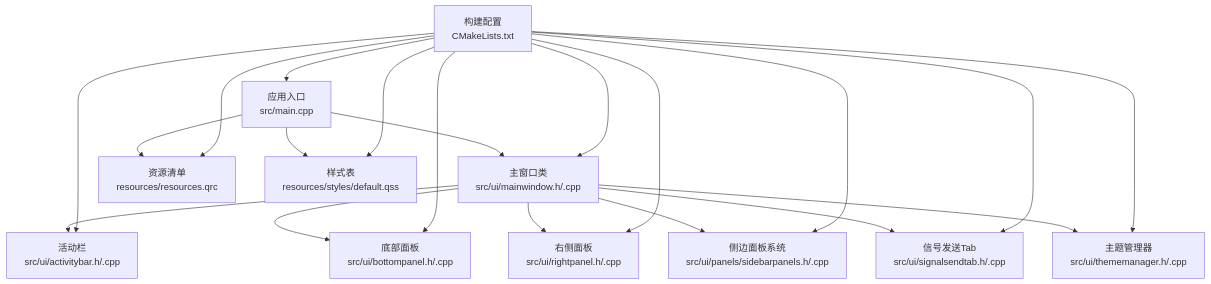
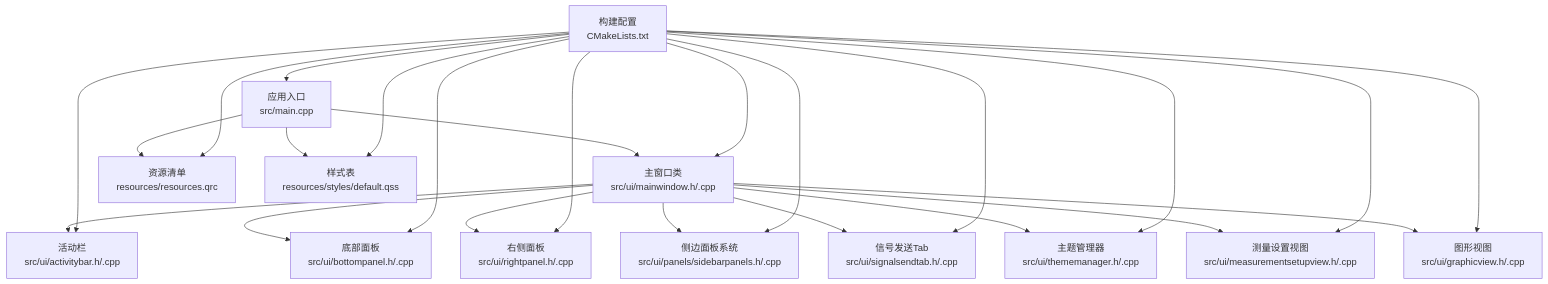
Before and after one commit to jakecai1225-design/OpenBus: the first of 4 diagrams in .qoder/repowiki/zh/content/架构设计/主窗口组件架构.md, drawn with Mermaid. The commit also changed other lines of this file and 31 other files, not shown here.

````diff
--- a/.qoder/repowiki/zh/content/架构设计/主窗口组件架构.md
+++ b/.qoder/repowiki/zh/content/架构设计/主窗口组件架构.md
@@ -57,22 +61,26 @@
 ```mermaid
 graph TB
 A["应用入口<br/>src/main.cpp"] --> B["主窗口类<br/>src/ui/mainwindow.h/.cpp"]
 B --> C["活动栏<br/>src/ui/activitybar.h/.cpp"]
 B --> D["底部面板<br/>src/ui/bottompanel.h/.cpp"]
 B --> E["右侧面板<br/>src/ui/rightpanel.h/.cpp"]
 B --> F["侧边面板系统<br/>src/ui/panels/sidebarpanels.h/.cpp"]
 B --> G["信号发送Tab<br/>src/ui/signalsendtab.h/.cpp"]
 B --> H["主题管理器<br/>src/ui/thememanager.h/.cpp"]
-A --> I["资源清单<br/>resources/resources.qrc"]
-A --> J["样式表<br/>resources/styles/default.qss"]
-K["构建配置<br/>CMakeLists.txt"] --> A
-K --> B
-K --> C
-K --> D
-K --> E
-K --> F
-K --> G
-K --> H
-K --> I
-K --> J
+B --> I["测量设置视图<br/>src/ui/measurementsetupview.h/.cpp"]
+B --> J["图形视图<br/>src/ui/graphicview.h/.cpp"]
+A --> K["资源清单<br/>resources/resources.qrc"]
+A --> L["样式表<br/>resources/styles/default.qss"]
+M["构建配置<br/>CMakeLists.txt"] --> A
+M --> B
+M --> C
+M --> D
+M --> E
+M --> F
+M --> G
+M --> H
+M --> I
+M --> J
+M --> K
+M --> L
 ```
````
